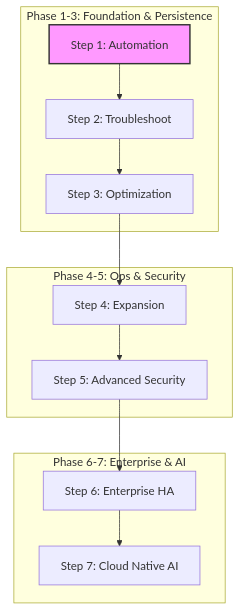
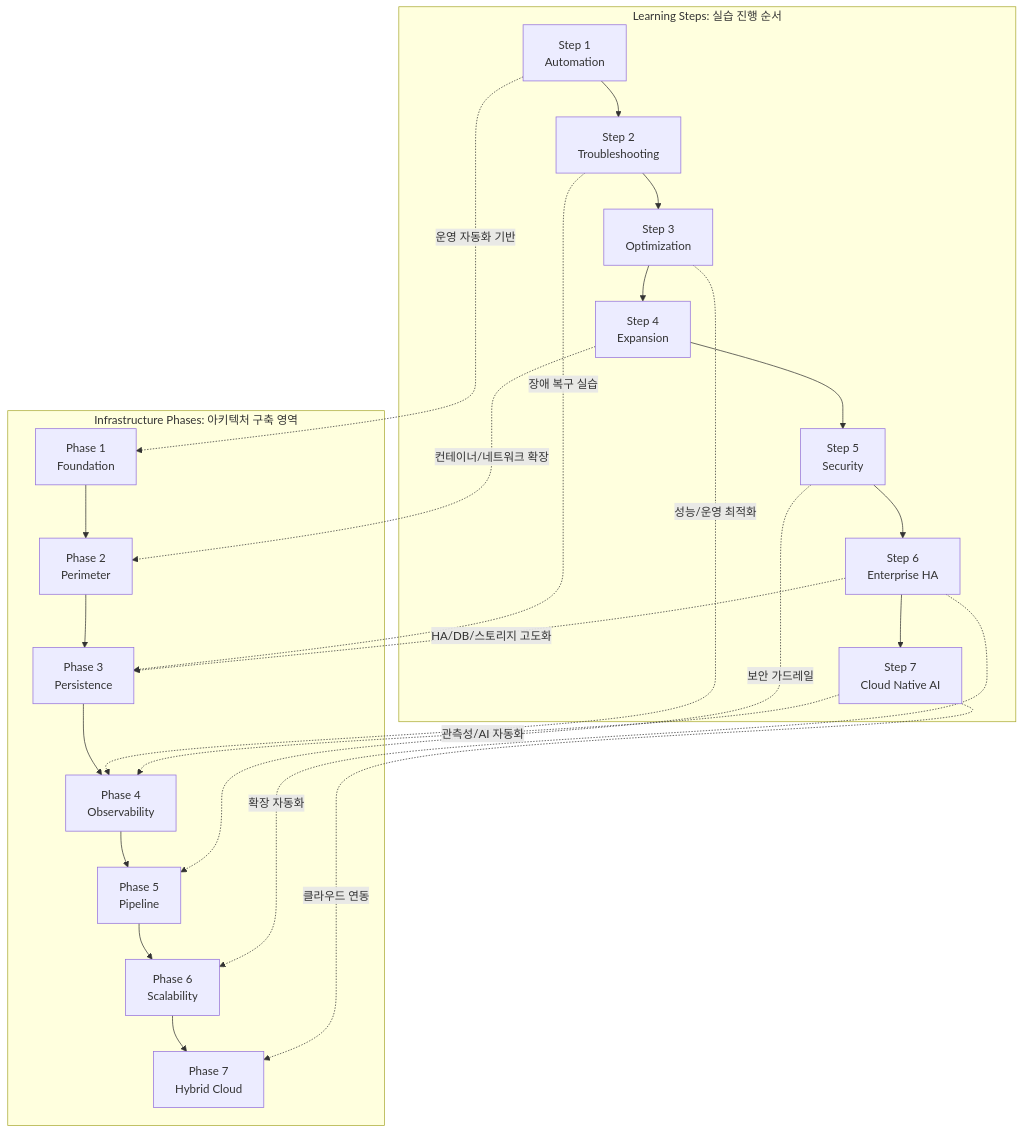
Before and after one commit to ksj686/cloud_infra: the diagram in docs/index.md, drawn with Mermaid. The commit also changed other lines of this file and 17 other files, not shown here.

````diff
--- a/docs/index.md
+++ b/docs/index.md
@@ -11,16 +11,30 @@
 ```mermaid
 graph TD
-    subgraph "Phase 1-3: Foundation & Persistence"
-    S1[Step 1: Automation] --> S2[Step 2: Troubleshoot]
-    S2 --> S3[Step 3: Optimization]
+    subgraph LearningSteps["Learning Steps: 실습 진행 순서"]
+      S1["Step 1<br/>Automation"] --> S2["Step 2<br/>Troubleshooting"]
+      S2 --> S3["Step 3<br/>Optimization"]
+      S3 --> S4["Step 4<br/>Expansion"]
+      S4 --> S5["Step 5<br/>Security"]
+      S5 --> S6["Step 6<br/>Enterprise HA"]
+      S6 --> S7["Step 7<br/>Cloud Native AI"]
     end
-    subgraph "Phase 4-5: Ops & Security"
-    S3 --> S4[Step 4: Expansion]
-    S4 --> S5[Step 5: Advanced Security]
+
+    subgraph InfraPhases["Infrastructure Phases: 아키텍처 구축 영역"]
+      P1["Phase 1<br/>Foundation"] --> P2["Phase 2<br/>Perimeter"]
+      P2 --> P3["Phase 3<br/>Persistence"]
+      P3 --> P4["Phase 4<br/>Observability"]
+      P4 --> P5["Phase 5<br/>Pipeline"]
+      P5 --> P6["Phase 6<br/>Scalability"]
+      P6 --> P7["Phase 7<br/>Hybrid Cloud"]
     end
-    subgraph "Phase 6-7: Enterprise & AI"
-    S5 --> S6[Step 6: Enterprise HA]
-    S6 --> S7[Step 7: Cloud Native AI]
-    end
-    style S1 fill:#f9f,stroke:#333,stroke-width:2px
+
+    S1 -.운영 자동화 기반.-> P1
+    S2 -.장애 복구 실습.-> P3
+    S3 -.성능/운영 최적화.-> P4
+    S4 -.컨테이너/네트워크 확장.-> P2
+    S5 -.보안 가드레일.-> P5
+    S6 -.HA/DB/스토리지 고도화.-> P3
+    S6 -.확장 자동화.-> P6
+    S7 -.관측성/AI 자동화.-> P4
+    S7 -.클라우드 연동.-> P7
 ```
````
